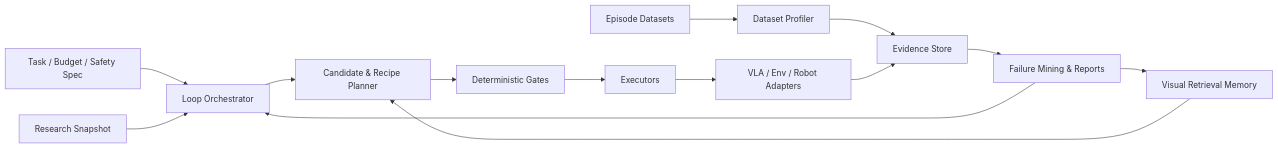
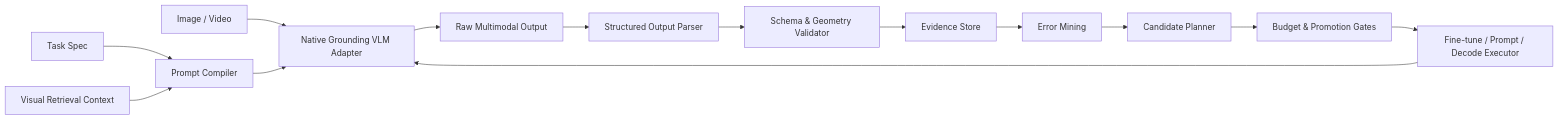
Before and after one commit to whut09/vlm-agent: the diagram in README.md, drawn with Mermaid. The commit also changed other lines of this file and 3 other files, not shown here.

Commit message:
docs: redesign agent for native VLM grounding

````diff
--- a/README.md
+++ b/README.md
@@ -47,16 +106,16 @@
 ```mermaid
 flowchart LR
-    U[Task / Budget / Safety Spec] --> O[Loop Orchestrator]
-    D[Episode Datasets] --> P[Dataset Profiler]
-    R[Research Snapshot] --> O
-    P --> E[Evidence Store]
-    O --> C[Candidate & Recipe Planner]
-    M[Visual Retrieval Memory] --> C
-    C --> G[Deterministic Gates]
-    G --> X[Executors]
-    X --> A[VLA / Env / Robot Adapters]
-    A --> E
-    E --> F[Failure Mining & Reports]
-    F --> O
-    F --> M
+    T[Task Spec] --> P[Prompt Compiler]
+    I[Image / Video] --> A[Native Grounding VLM Adapter]
+    P --> A
+    R[Visual Retrieval Context] --> P
+    A --> O[Raw Multimodal Output]
+    O --> S[Structured Output Parser]
+    S --> V[Schema & Geometry Validator]
+    V --> E[Evidence Store]
+    E --> D[Error Mining]
+    D --> C[Candidate Planner]
+    C --> G[Budget & Promotion Gates]
+    G --> X[Fine-tune / Prompt / Decode Executor]
+    X --> A
 ```
````
